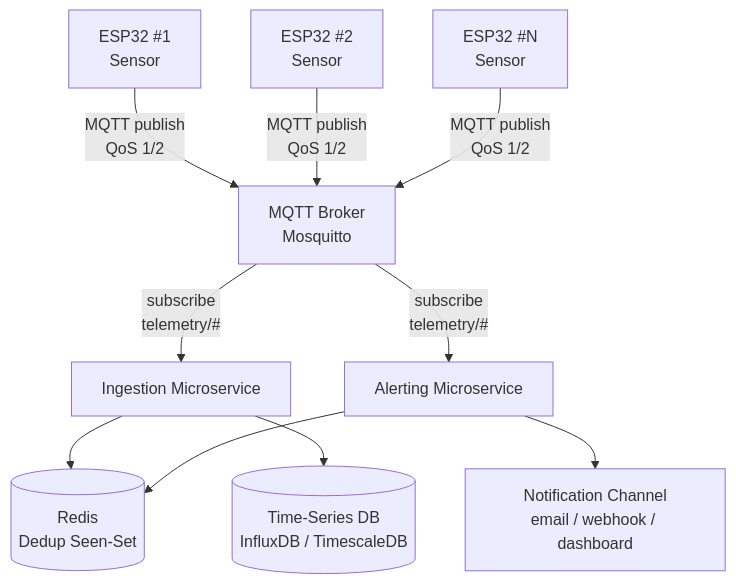
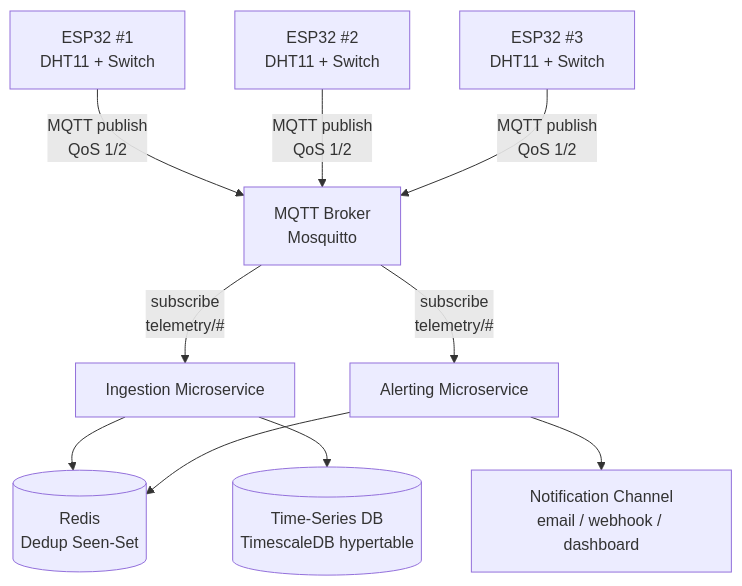
Before and after one commit to LukaIvekovic/iot-telemtry-processing: the first of 4 diagrams in architecture.md, drawn with Mermaid. The commit also changed other lines of this file and 16 other files, not shown here.

Commit message:
Dodan timescale ekstenzija na bazu mikroservisa, dorade firmware-a esp-nova za bolju konzistentnost podataka i manji gubitak podataka, dodan jos jedan esp32 uređaj, zamjena buttona za ocitavanje senzora sa sklopkom i napisane prve verzije prva 3 poglavlja rada

````diff
--- a/architecture.md
+++ b/architecture.md
@@ -5,15 +5,15 @@
 ```mermaid
 graph TD
-    ESP1[ESP32 #1<br>Sensor] -->|MQTT publish<br>QoS 1/2| Broker[MQTT Broker<br>Mosquitto]
-    ESP2[ESP32 #2<br>Sensor] -->|MQTT publish<br>QoS 1/2| Broker
-    ESPN[ESP32 #N<br>Sensor] -->|MQTT publish<br>QoS 1/2| Broker
+    ESP1[ESP32 #1<br>DHT11 + Switch] -->|MQTT publish<br>QoS 1/2| Broker[MQTT Broker<br>Mosquitto]
+    ESP2[ESP32 #2<br>DHT11 + Switch] -->|MQTT publish<br>QoS 1/2| Broker
+    ESP3[ESP32 #3<br>DHT11 + Switch] -->|MQTT publish<br>QoS 1/2| Broker
 
     Broker -->|subscribe<br>telemetry/#| Ingestion[Ingestion Microservice]
     Broker -->|subscribe<br>telemetry/#| Alerting[Alerting Microservice]
 
     Ingestion --> Redis[(Redis<br>Dedup Seen-Set)]
-    Ingestion --> TSDB[(Time-Series DB<br>InfluxDB / TimescaleDB)]
+    Ingestion --> TSDB[(Time-Series DB<br>TimescaleDB hypertable)]
 
     Alerting --> Redis
     Alerting --> Notify[Notification Channel<br>email / webhook / dashboard]
 ```
````
